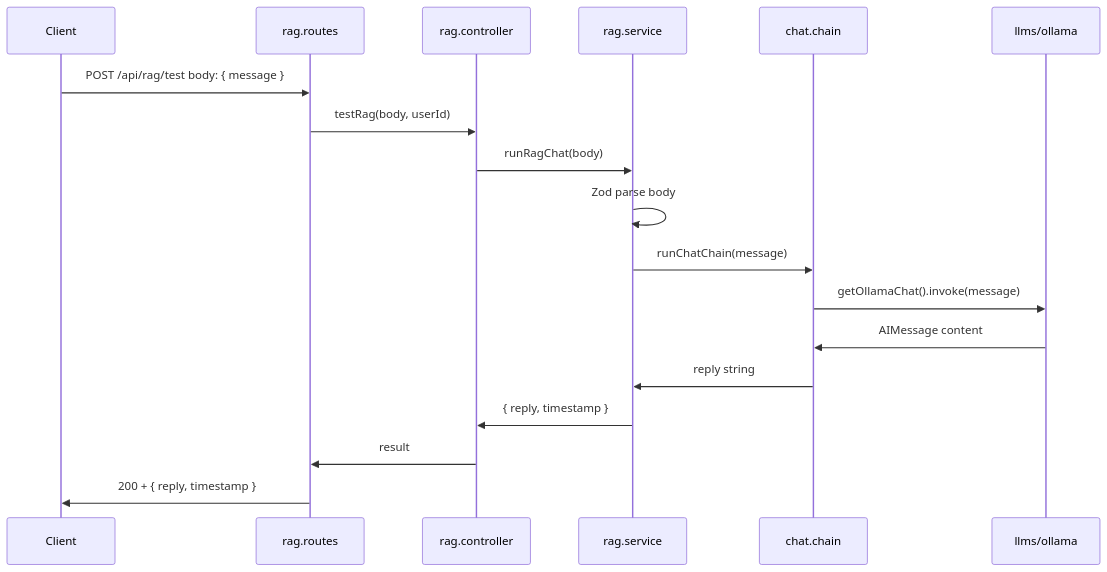
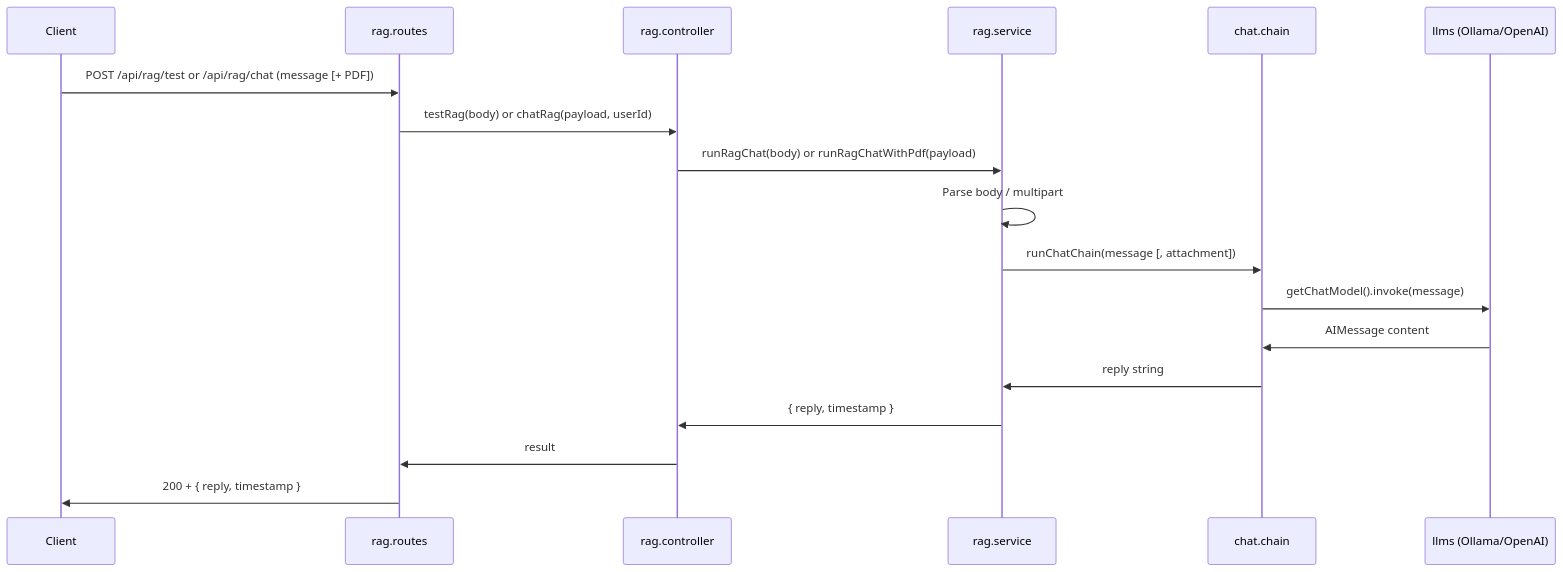
Before and after one commit to sorocode-comunidade/swanytello: the fourth of 5 diagrams in docs/project_structure/project-structure.md, drawn with Mermaid. The commit also changed other lines of this file and 22 other files, not shown here.

Commit message:
rag implementation WIP, solving openai auth. updated docs and implemented a ping like funtion to the llm connection

````diff
--- a/docs/project_structure/project-structure.md
+++ b/docs/project_structure/project-structure.md
@@ -193,21 +194,21 @@
 ```mermaid
 sequenceDiagram
   participant Client
   participant Route as rag.routes
   participant Controller as rag.controller
   participant Service as rag.service
   participant Chain as chat.chain
-  participant LLM as llms/ollama
+  participant LLM as llms (Ollama/OpenAI)
 
-  Client->>Route: POST /api/rag/test body: { message }
-  Route->>Controller: testRag(body, userId)
-  Controller->>Service: runRagChat(body)
-  Service->>Service: Zod parse body
-  Service->>Chain: runChatChain(message)
-  Chain->>LLM: getOllamaChat().invoke(message)
+  Client->>Route: POST /api/rag/test or /api/rag/chat (message [+ PDF])
+  Route->>Controller: testRag(body) or chatRag(payload, userId)
+  Controller->>Service: runRagChat(body) or runRagChatWithPdf(payload)
+  Service->>Service: Parse body / multipart
+  Service->>Chain: runChatChain(message [, attachment])
+  Chain->>LLM: getChatModel().invoke(message)
   LLM->>Chain: AIMessage content
   Chain->>Service: reply string
   Service->>Controller: { reply, timestamp }
   Controller->>Route: result
   Route->>Client: 200 + { reply, timestamp }
 ```
````
